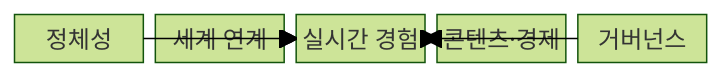
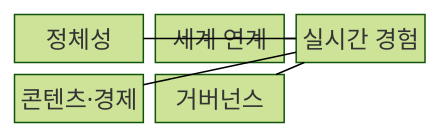
Before and after one commit to agnusdei1207/knowledge-base: the first of 2 diagrams in src/content/docs/notes/08-latest-tech/224_metaverse.md, drawn with Mermaid (forest theme). The commit also changed other lines of this file and 53 other files, not shown here.

````diff
--- a/src/content/docs/notes/08-latest-tech/224_metaverse.md
+++ b/src/content/docs/notes/08-latest-tech/224_metaverse.md
@@ -51,13 +51,13 @@
 ```mermaid
 block-beta
-  columns 5
+  columns 3
   A["정체성"]
   B["세계 연계"]
   C["실시간 경험"]
   D["콘텐츠·경제"]
   E["거버넌스"]
-  A --> C
-  B --> C
-  C --> D
-  E --> C
+  A --- C
+  B --- C
+  C --- D
+  E --- C
 ```
````
